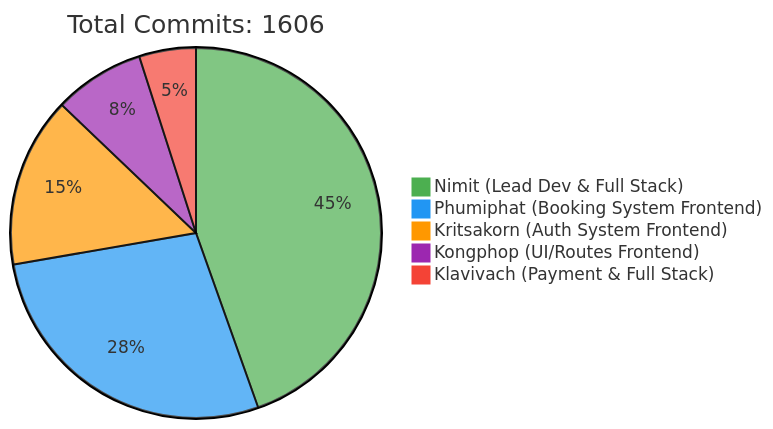
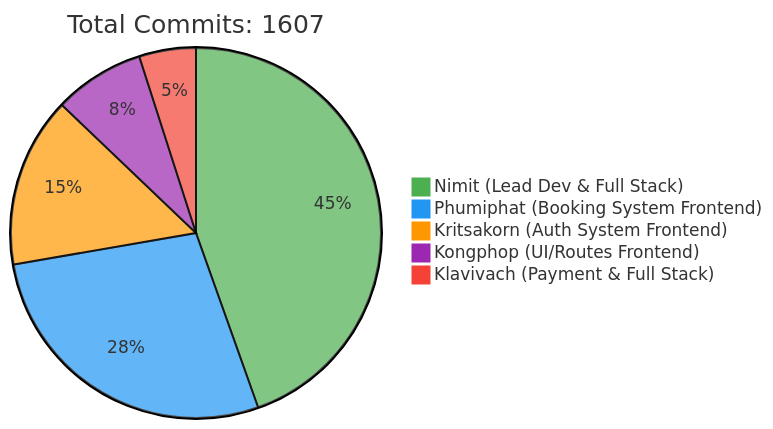
The first of 2 diagrams in README.md (6531503042/Sport-Complex), drawn with Mermaid before and after one commit. The commit also changed other lines of this file, not shown here.

Commit message:
docs: Update contributor statistics [skip ci]

````diff
--- a/README.md
+++ b/README.md
@@ -257,10 +257,10 @@
 ```mermaid
 %%{init: {'theme': 'base', 'themeVariables': { 'pie1': '#4CAF50', 'pie2': '#2196F3', 'pie3': '#FF9800', 'pie4': '#9C27B0', 'pie5': '#F44336'}}}%%
 pie
-    title Total Commits: 1606
+    title Total Commits: 1607
     "Nimit (Lead Dev & Full Stack)" : 450
     "Phumiphat (Booking System Frontend)" : 280
     "Kritsakorn (Auth System Frontend)" : 150
     "Kongphop (UI/Routes Frontend)" : 80
     "Klavivach (Payment & Full Stack)" : 50
 ```
````
